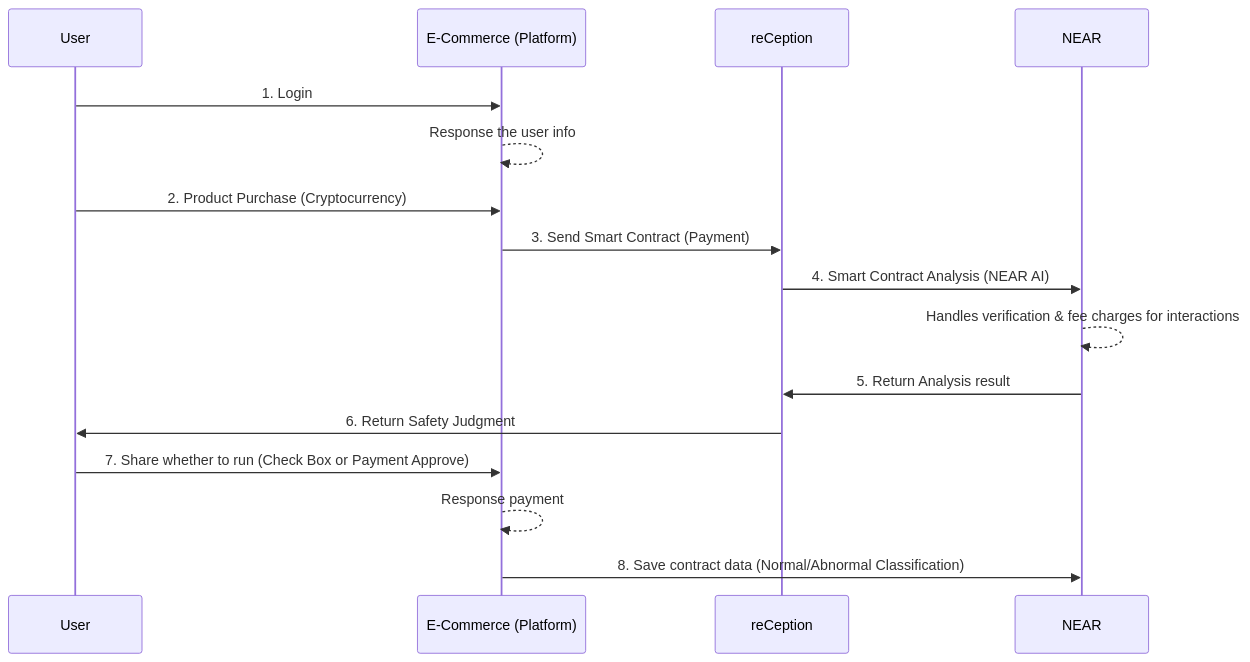
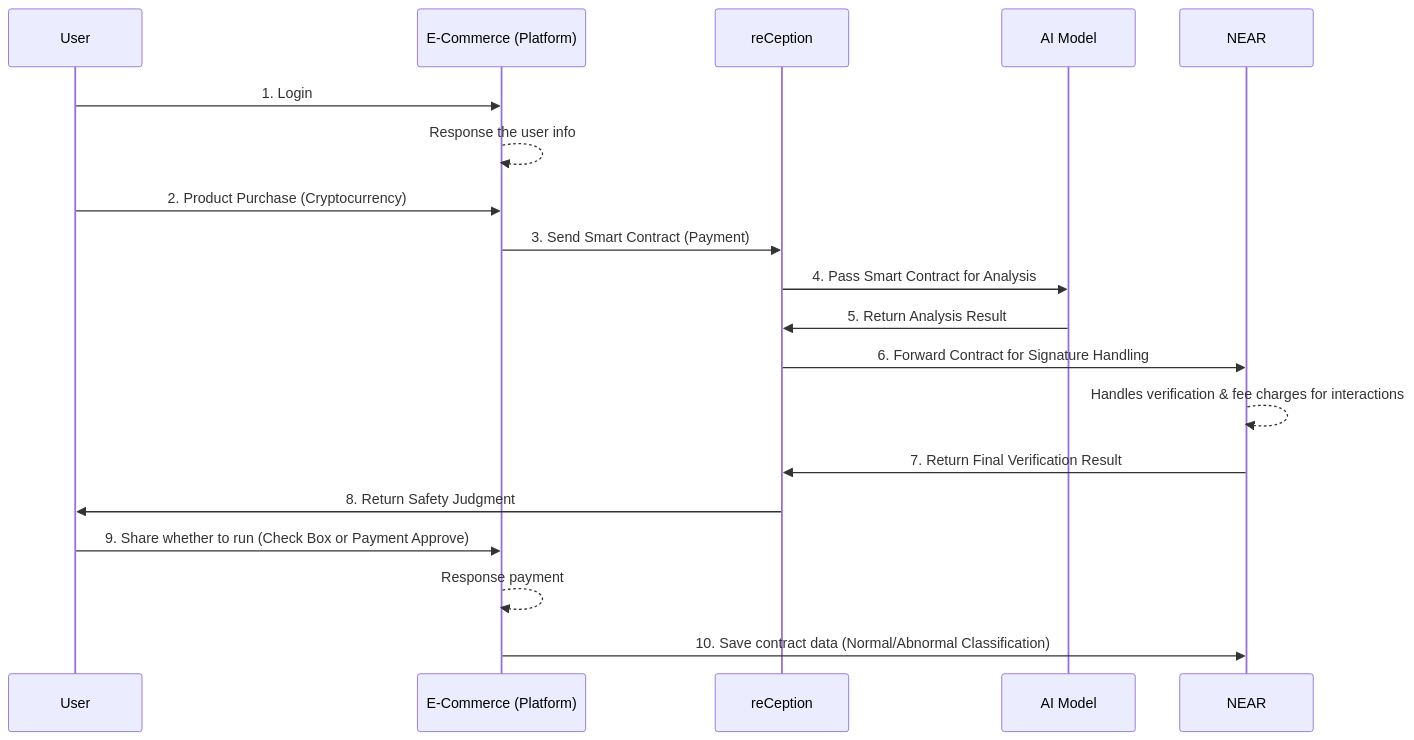
One commit to Julius-Ky/reCeption changed the first of 2 diagrams in README.md. Above: the diagram before and after it, drawn with Mermaid.

````diff
--- a/README.md
+++ b/README.md
@@ -62,19 +62,22 @@
 ```mermaid
 sequenceDiagram
 participant User
 participant E-Commerce as E-Commerce (Platform)
 participant reCeption
+participant AI as AI Model
 participant NEAR
 
 User ->> E-Commerce: 1. Login
 E-Commerce -->> E-Commerce: Response the user info
 User ->> E-Commerce: 2. Product Purchase (Cryptocurrency)
 E-Commerce ->> reCeption: 3. Send Smart Contract (Payment)
-reCeption ->> NEAR: 4. Smart Contract Analysis (NEAR AI)
+reCeption ->> AI: 4. Pass Smart Contract for Analysis
+AI ->> reCeption: 5. Return Analysis Result
+reCeption ->> NEAR: 6. Forward Contract for Signature Handling
 NEAR -->> NEAR: Handles verification & fee charges for interactions
-NEAR ->> reCeption: 5. Return Analysis result
-reCeption ->> User: 6. Return Safety Judgment
-User ->> E-Commerce: 7. Share whether to run (Check Box or Payment Approve)
+NEAR ->> reCeption: 7. Return Final Verification Result
+reCeption ->> User: 8. Return Safety Judgment
+User ->> E-Commerce: 9. Share whether to run (Check Box or Payment Approve)
 E-Commerce -->> E-Commerce: Response payment
-E-Commerce ->> NEAR: 8. Save contract data (Normal/Abnormal Classification)
+E-Commerce ->> NEAR: 10. Save contract data (Normal/Abnormal Classification)
 ```
````
